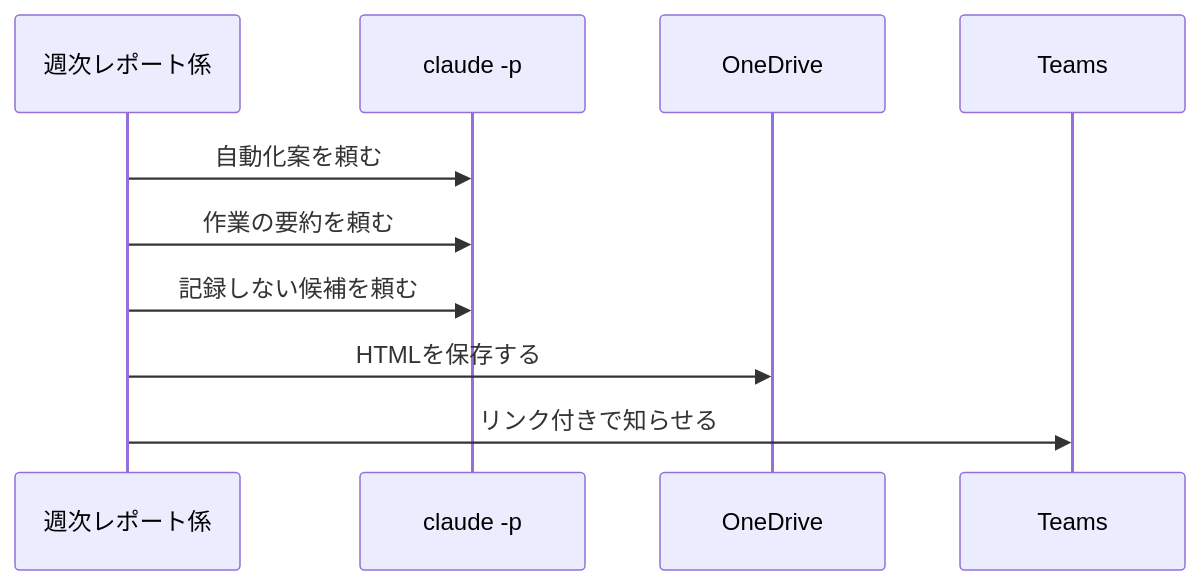
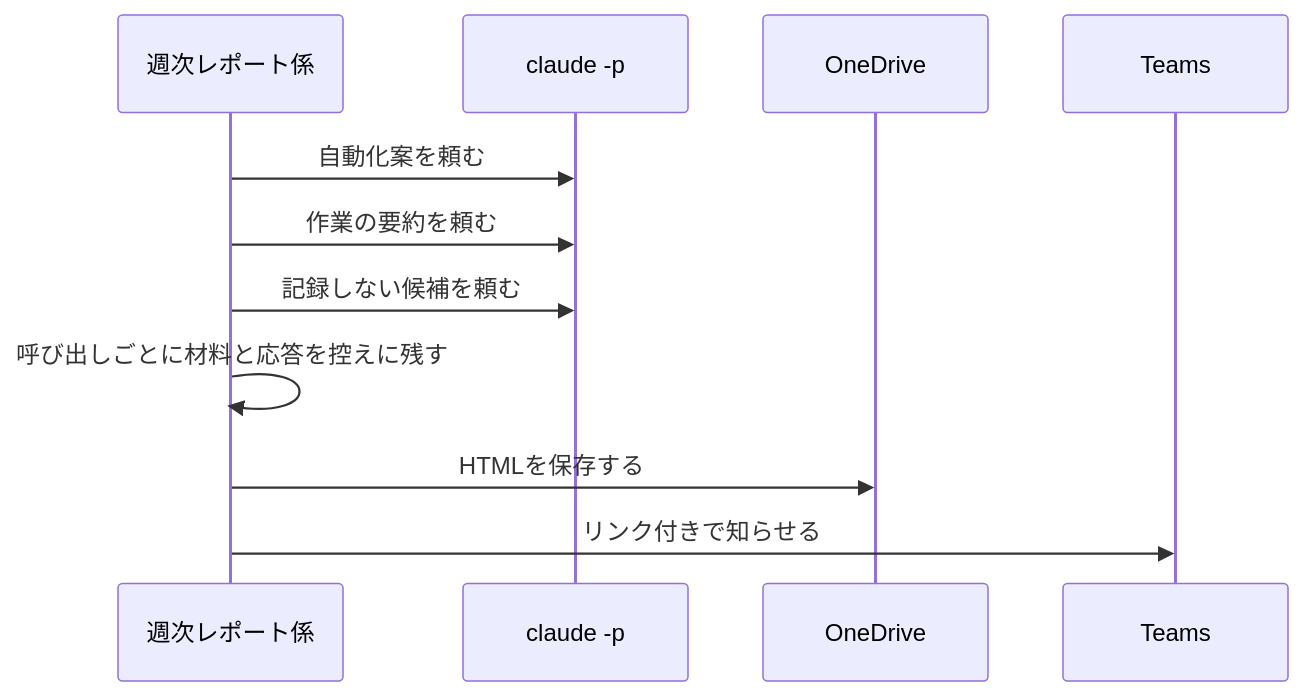
The second of 12 diagrams in apps/routine-work-finder/specs/weekly-automation-report/design.md (dnode-ryosuke-yamazaki/study), drawn with Mermaid before and after one commit. The commit also changed other lines of this file and 4 other files, not shown here.

````diff
--- a/apps/routine-work-finder/specs/weekly-automation-report/design.md
+++ b/apps/routine-work-finder/specs/weekly-automation-report/design.md
@@ -115,12 +118,13 @@
 ```mermaid
 sequenceDiagram
     participant W as 週次レポート係
     participant C as claude -p
     participant O as OneDrive
     participant T as Teams
     W->>C: 自動化案を頼む
     W->>C: 作業の要約を頼む
     W->>C: 記録しない候補を頼む
+    W->>W: 呼び出しごとに材料と応答を控えに残す
     W->>O: HTMLを保存する
     W->>T: リンク付きで知らせる
 ```
````
